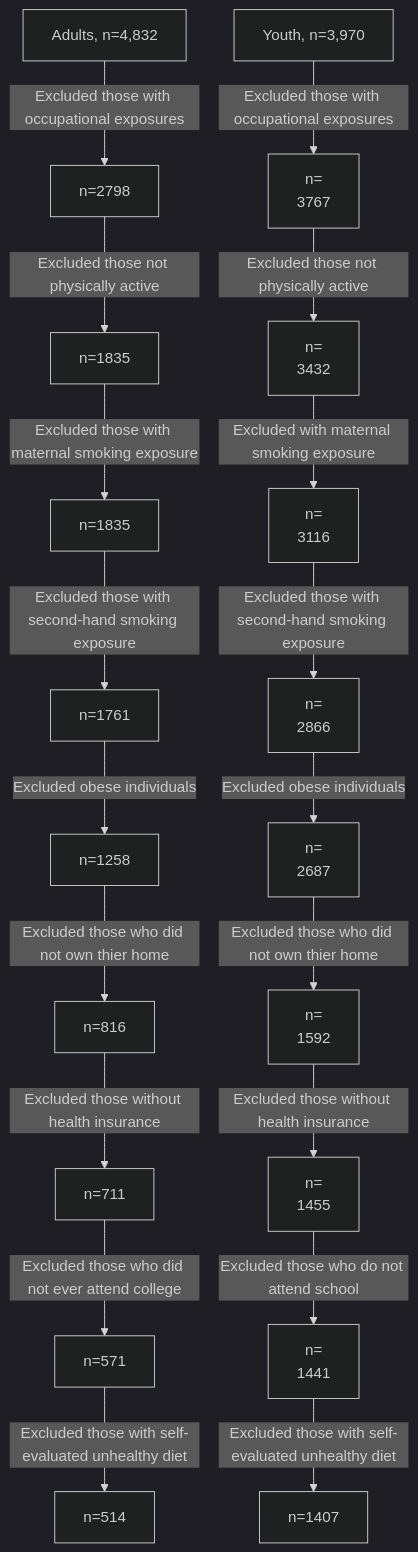
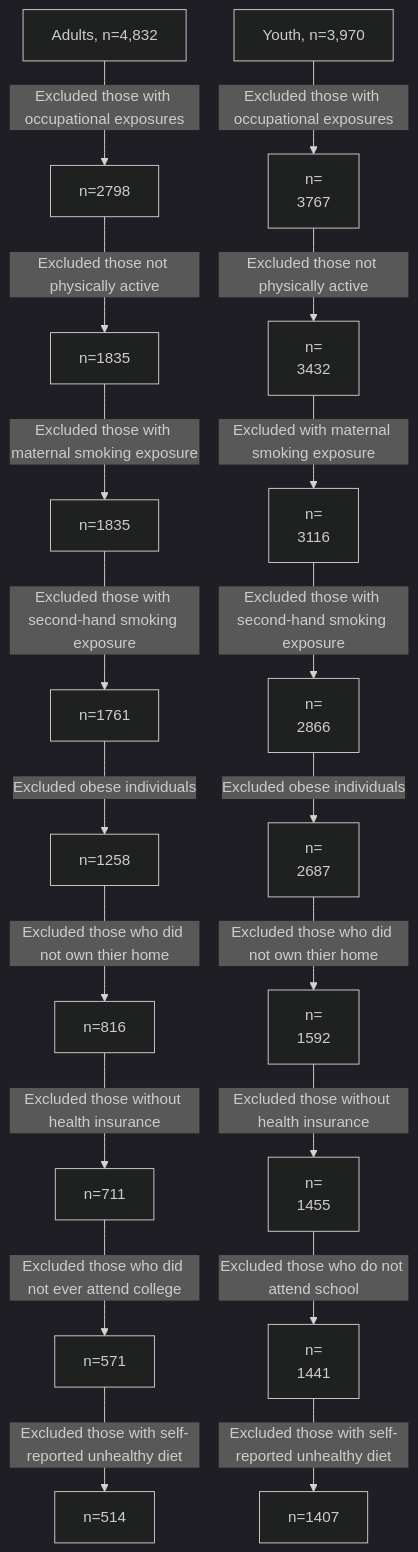
One commit to aminadibi/who-is-healthy-anyways changed the second of 2 diagrams in who-is-healthy-anyways.qmd. Above: the diagram before and after it, drawn with Mermaid (dark theme). The commit also changed other lines of this file, not shown here.

````diff
--- a/who-is-healthy-anyways.qmd
+++ b/who-is-healthy-anyways.qmd
@@ -1104,30 +1106,30 @@
 ```{mermaid, include=T}
 flowchart TD
     A1["Adults, n=4,832"] -- Excluded those with occupational exposures --> A2[n=2798]
     A2[n=2798] -- Excluded those not physically active --> A3[n=1835]
     A3[n=1835] -- Excluded those with maternal smoking exposure --> A4[n=1835]
     A4[n=1835] -- Excluded those with second-hand smoking exposure --> A5[n=1761]
     A5[n=1761] -- Excluded obese individuals --> A6[n=1258]
     A6[n=1258] -- Excluded those who did not own thier home --> A7[n=816]
     A7[n=816] -- Excluded those without health insurance --> A8[n=711]
     A8[n=711] -- Excluded those who did not ever attend college --> A9[n=571]
-    A9[n=571] -- Excluded those with self-evaluated unhealthy diet --> A10[n=514]
+    A9[n=571] -- Excluded those with self-reported unhealthy diet --> A10[n=514]
     Y1["Youth, n=3,970"] -- Excluded those with occupational exposures --> Y2[n=3767]
     Y2[n=
     3767] -- Excluded those not physically active --> Y3[n=3432]
     Y3[n=
     3432] -- Excluded with maternal smoking exposure --> Y4[n=3116]
     Y4[n=
     3116] -- Excluded those with second-hand smoking exposure --> Y5[n=2866]
     Y5[n=
     2866] -- Excluded obese individuals --> Y6[n=2687]
     Y6[n=
     2687] -- Excluded those who did not own thier home --> Y7[n=1592]
     Y7[n=
     1592] -- Excluded those without health insurance --> Y8[n=1455]
     Y8[n=
     1455] -- Excluded those who do not attend school --> Y9[n=1441]
     Y9[n=
-    1441] -- Excluded those with self-evaluated unhealthy diet --> Y10[n=1407]
+    1441] -- Excluded those with self-reported unhealthy diet --> Y10[n=1407]
 
 ```
````
